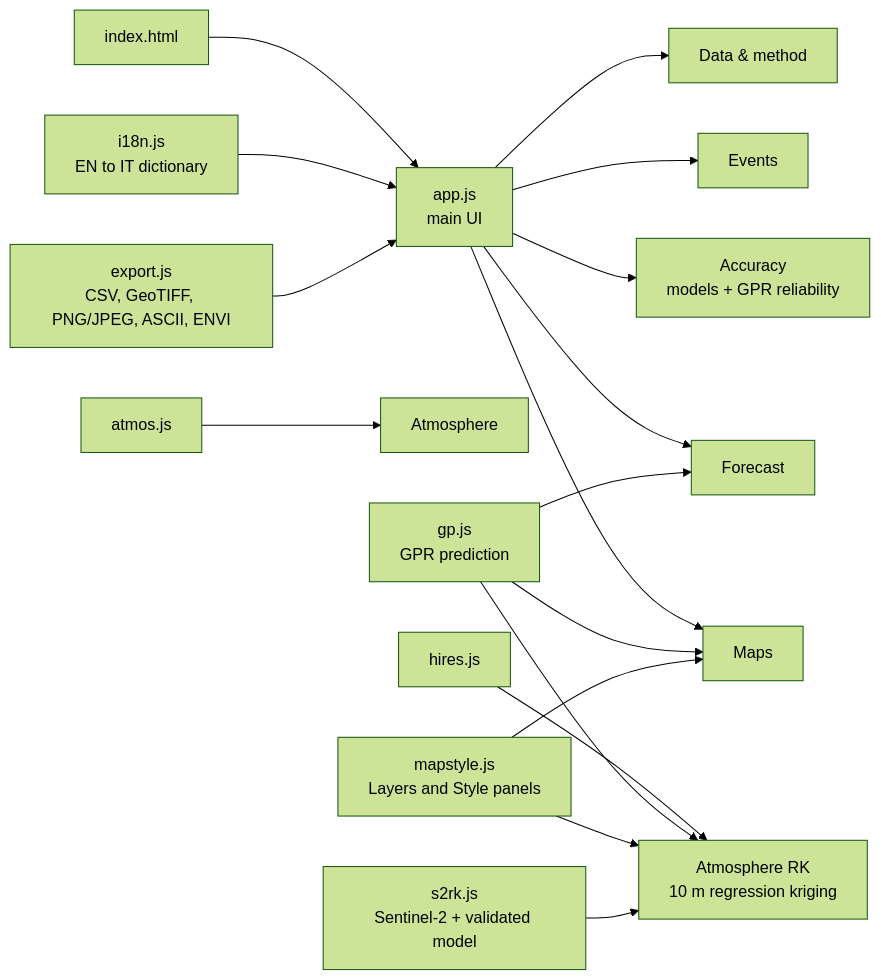
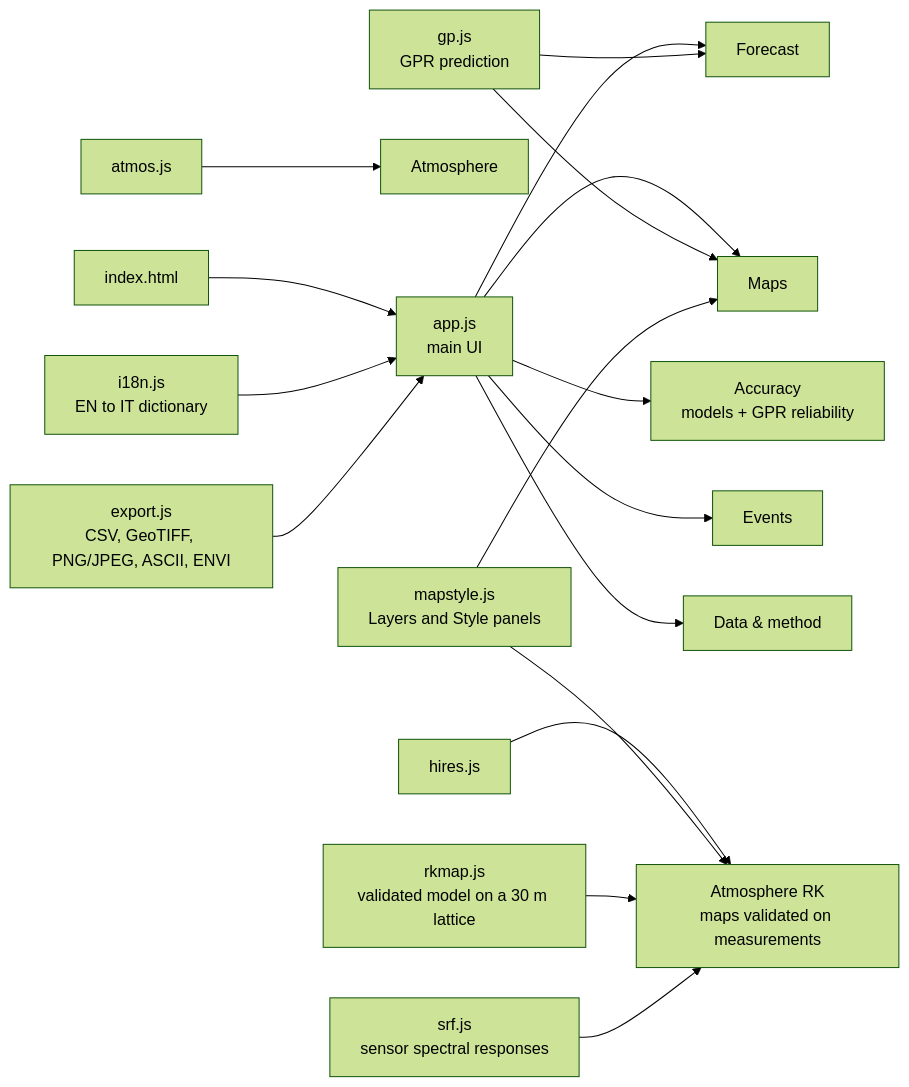
One commit to francescorossi3/prognostica changed the third of 5 diagrams in docs/HOW_IT_WORKS.md. Above: the diagram before and after it, drawn with Mermaid (forest theme). The commit also changed other lines of this file and 4 other files, not shown here.

````diff
--- a/docs/HOW_IT_WORKS.md
+++ b/docs/HOW_IT_WORKS.md
@@ -56,19 +56,19 @@
 ```mermaid
 flowchart LR
   idx[index.html] --> app[app.js<br>main UI]
   app --> F[Forecast]
   app --> M[Maps]
   app --> R[Accuracy<br>models + GPR reliability]
   app --> E[Events]
   app --> DM[Data & method]
   atm[atmos.js] --> A[Atmosphere]
-  hr[hires.js] --> H[Atmosphere RK<br>10 m regression kriging]
+  hr[hires.js] --> H[Atmosphere RK<br>maps validated on measurements]
   gp[gp.js<br>GPR prediction] --> F
   gp --> M
-  gp --> H
   i18n[i18n.js<br>EN to IT dictionary] --> app
   ms[mapstyle.js<br>Layers and Style panels] --> M
   ms --> H
   ex[export.js<br>CSV, GeoTIFF, PNG/JPEG, ASCII, ENVI] --> app
-  s2[s2rk.js<br>Sentinel-2 + validated model] --> H
+  rk[rkmap.js<br>validated model on a 30 m lattice] --> H
+  srf[srf.js<br>sensor spectral responses] --> H
 ```
````
